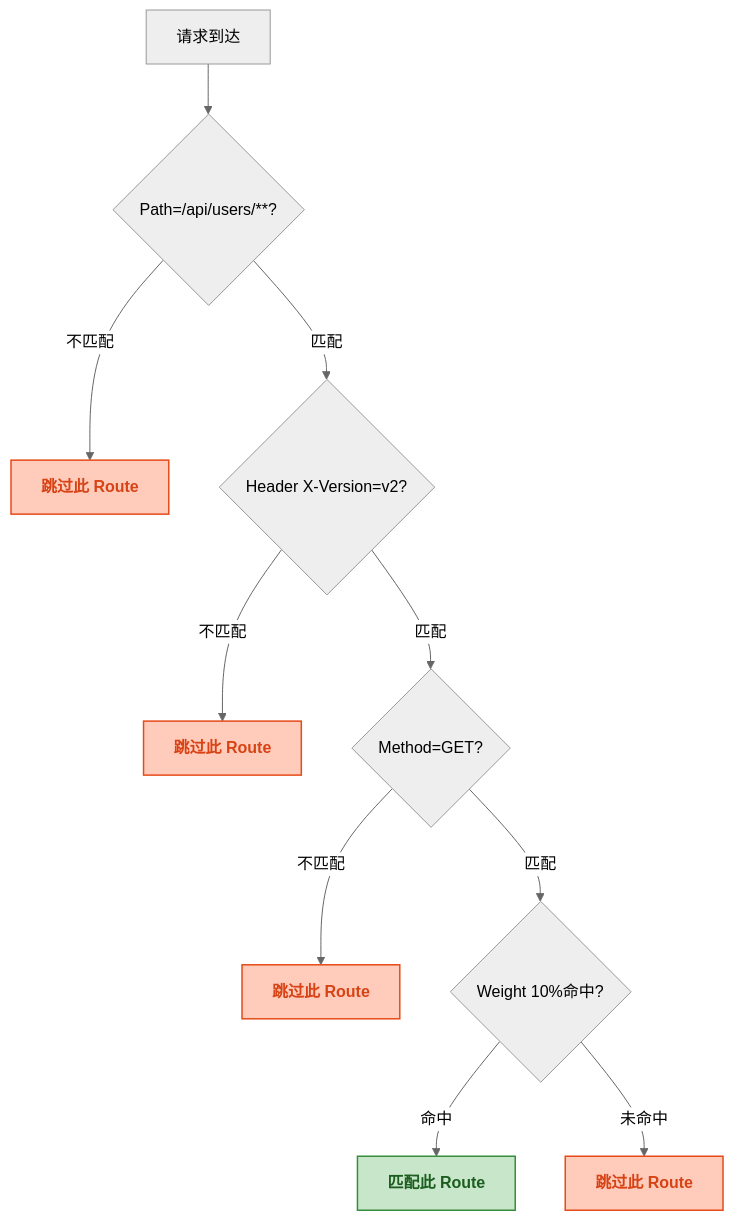
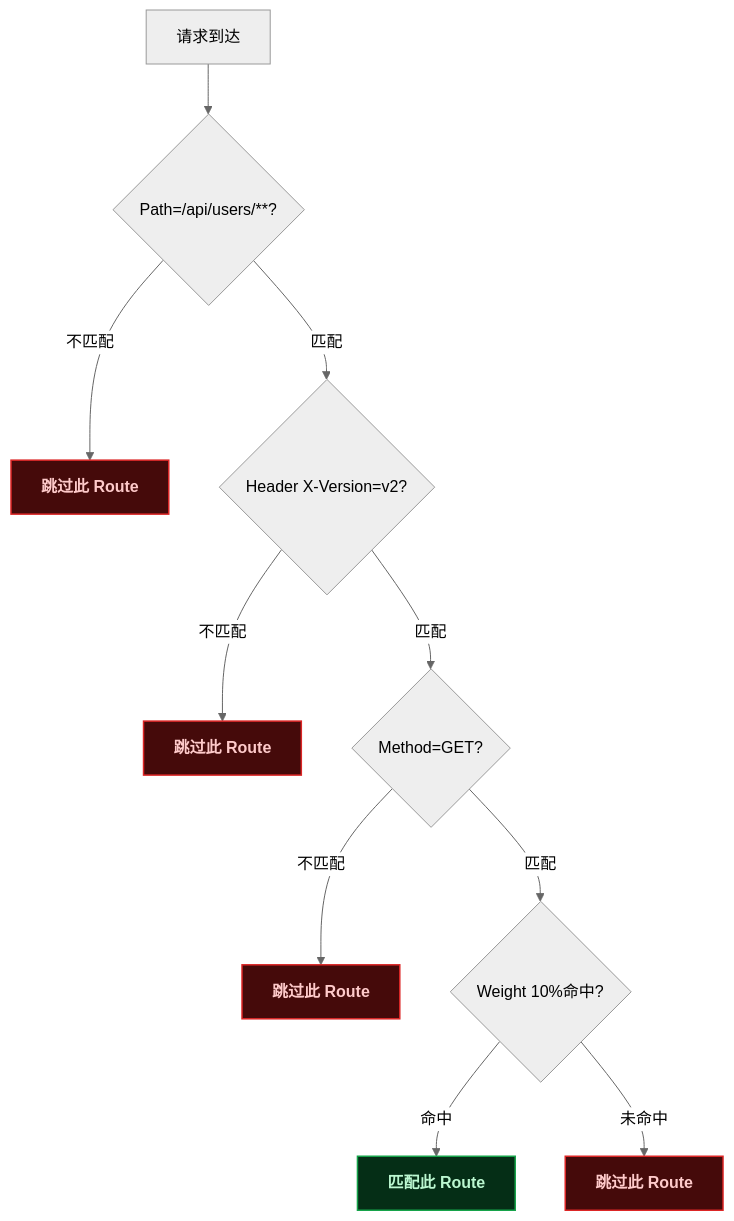
One commit to yaocat55/yaocat55.github.io changed the diagram in content/posts/gateway/GatewayPredicate.md. Above: the diagram before and after it, drawn with Mermaid (neutral theme). The commit also changed 155 other files, not shown here.

````diff
--- a/content/posts/gateway/GatewayPredicate.md
+++ b/content/posts/gateway/GatewayPredicate.md
@@ -338,18 +338,18 @@
 ```mermaid
 flowchart TD
-    classDef match fill:#C8E6C9,stroke:#388E3C,stroke-width:1.5px,color:#1B5E20,font-weight:bold;
-    classDef fail fill:#FFCCBC,stroke:#E64A19,stroke-width:1.5px,color:#D84315,font-weight:bold;
+classDef match fill:#052e16,stroke:#16a34a,stroke-width:1.5px,color:#bbf7d0,font-weight:bold;
+classDef fail fill:#450a0a,stroke:#dc2626,stroke-width:1.5px,color:#fecaca,font-weight:bold;
 
     REQ[请求到达] --> P1{Path=/api/users/**?}
     P1 -- "不匹配" --> F1[跳过此 Route]
     P1 -- "匹配" --> P2{Header X-Version=v2?}
     P2 -- "不匹配" --> F2[跳过此 Route]
     P2 -- "匹配" --> P3{Method=GET?}
     P3 -- "不匹配" --> F3[跳过此 Route]
     P3 -- "匹配" --> P4{Weight 10%命中?}
     P4 -- "命中" --> OK[匹配此 Route]
     P4 -- "未命中" --> F4[跳过此 Route]
 
     class OK match;
     class F1,F2,F3,F4 fail;
 ```
````
